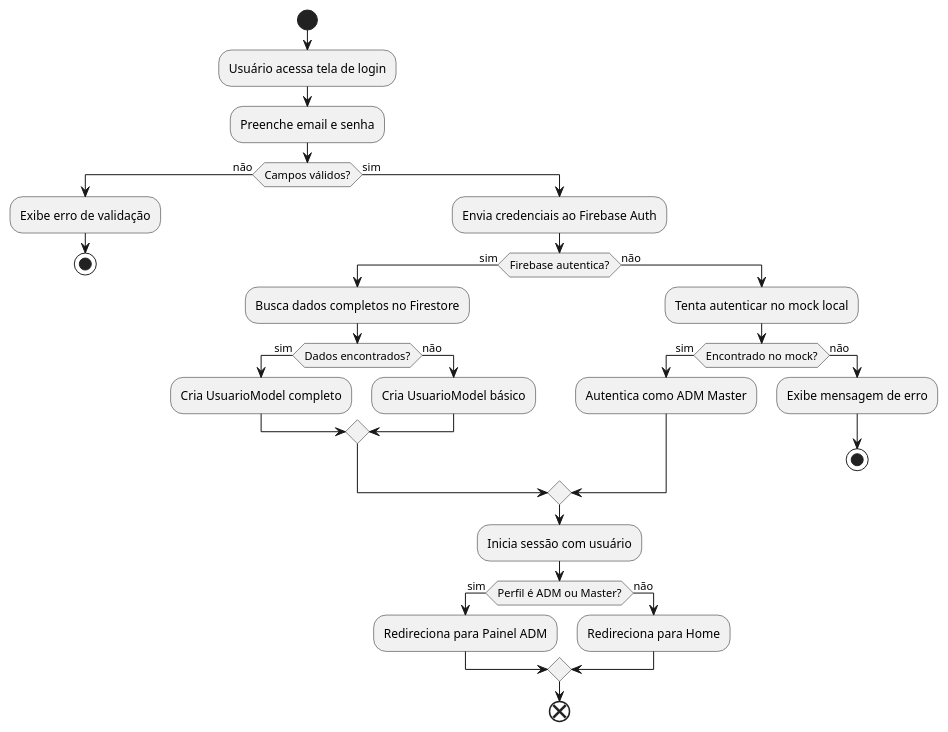
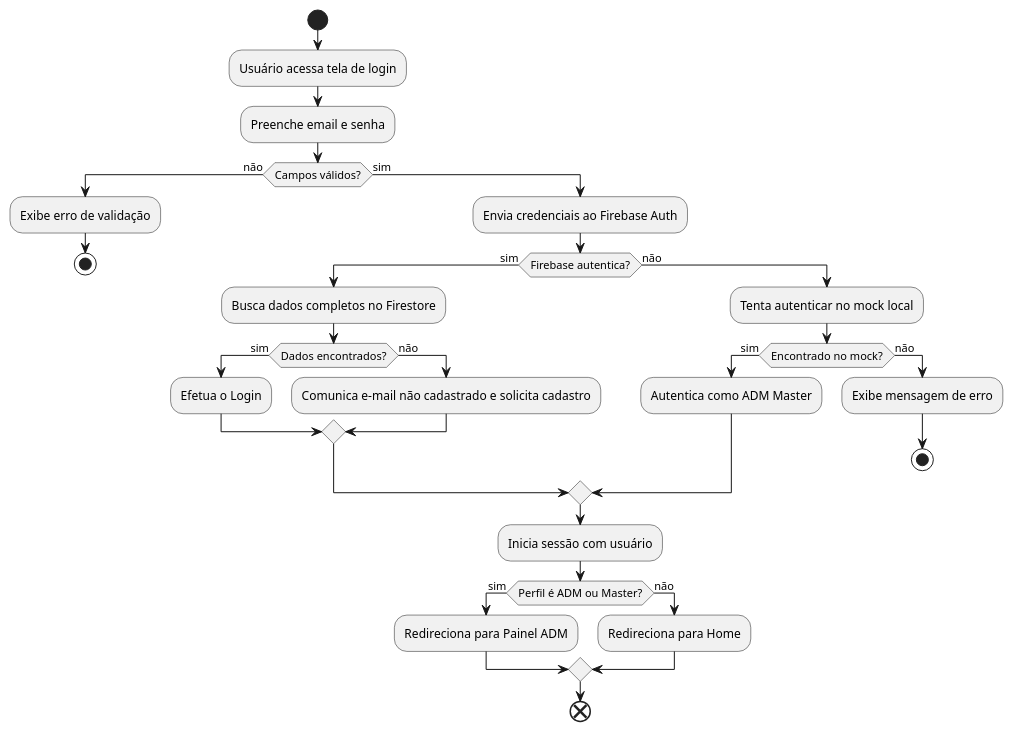
One commit to Tesch-MatheusG/BarraHotel_App01 changed the diagram in docs/diagramas/atividade/login.puml. Above: the diagram before and after it, drawn with PlantUML. The commit also changed 6 other files, not shown here.

```diff
--- a/docs/diagramas/atividade/login.puml
+++ b/docs/diagramas/atividade/login.puml
@@ -1,41 +1,41 @@
 @startuml AtividadeLogin
 start
 
 :Usuário acessa tela de login;
 :Preenche email e senha;
 
 if (Campos válidos?) then (não)
   :Exibe erro de validação;
   stop
 else (sim)
   :Envia credenciais ao Firebase Auth;
 
   if (Firebase autentica?) then (sim)
     :Busca dados completos no Firestore;
 
     if (Dados encontrados?) then (sim)
-      :Cria UsuarioModel completo;
+      :Efetua o Login;
     else (não)
-      :Cria UsuarioModel básico;
+      :Comunica e-mail não cadastrado e solicita cadastro;
     endif
 
   else (não)
     :Tenta autenticar no mock local;
 
     if (Encontrado no mock?) then (sim)
       :Autentica como ADM Master;
     else (não)
       :Exibe mensagem de erro;
       stop
     endif
   endif
 
   :Inicia sessão com usuário;
 
   if (Perfil é ADM ou Master?) then (sim)
     :Redireciona para Painel ADM;
   else (não)
     :Redireciona para Home;
   endif
 end
 @enduml
```
